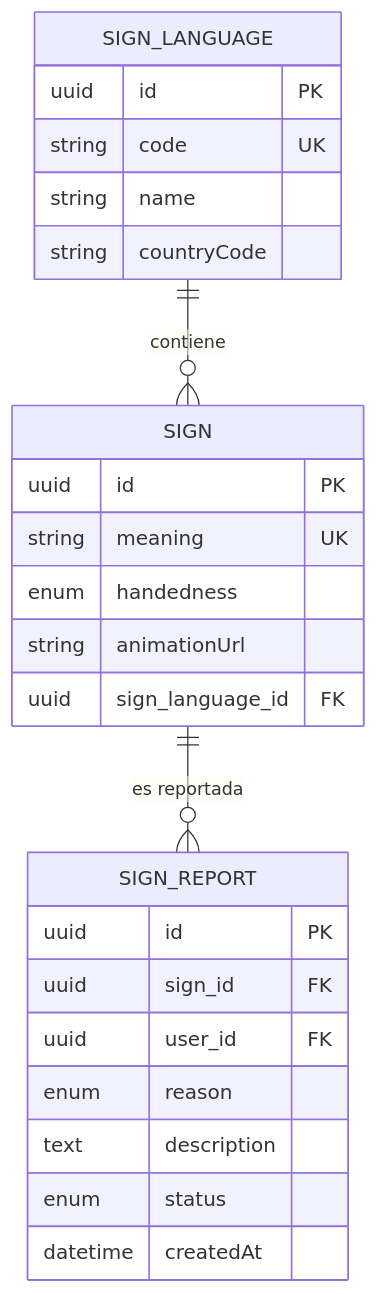
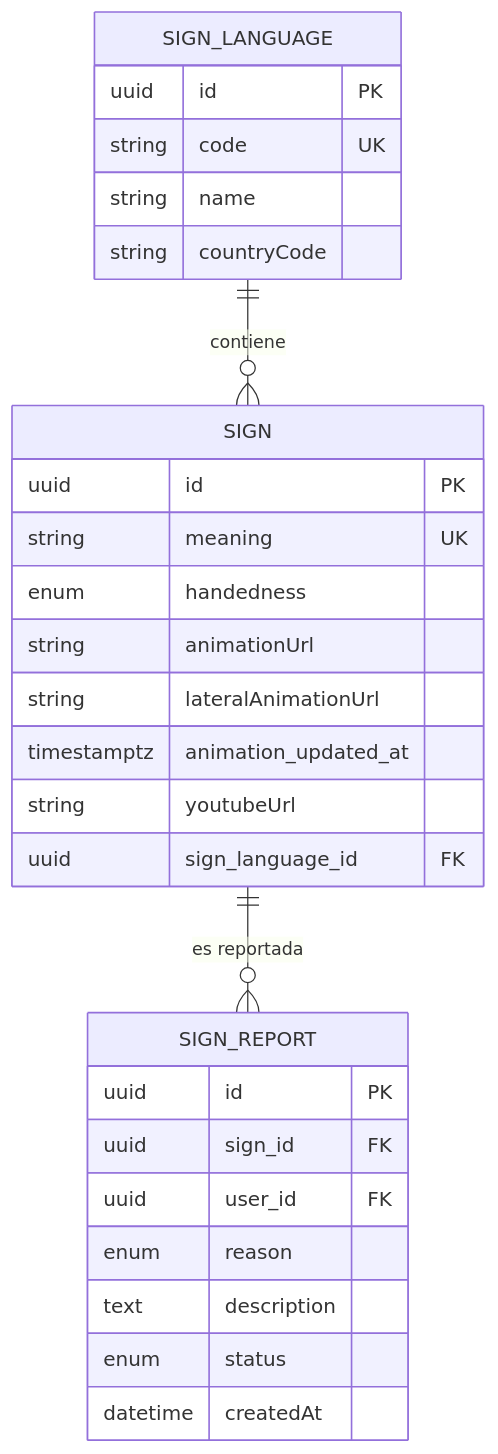
The second of 9 diagrams in docs/diagrams/er.md (signasource/signa-api), drawn with Mermaid before and after one commit. The commit also changed other lines of this file and 40 other files, not shown here.

````diff
--- a/docs/diagrams/er.md
+++ b/docs/diagrams/er.md
@@ -82,28 +86,31 @@
 ```mermaid
 erDiagram
     SIGN_LANGUAGE ||--o{ SIGN : contiene
     SIGN ||--o{ SIGN_REPORT : "es reportada"
 
     SIGN_LANGUAGE {
         uuid id PK
         string code UK
         string name
         string countryCode
     }
     SIGN {
         uuid id PK
         string meaning UK
         enum handedness
         string animationUrl
+        string lateralAnimationUrl
+        timestamptz animation_updated_at
+        string youtubeUrl
         uuid sign_language_id FK
     }
     SIGN_REPORT {
         uuid id PK
         uuid sign_id FK
         uuid user_id FK
         enum reason
         text description
         enum status
         datetime createdAt
     }
 ```
````
